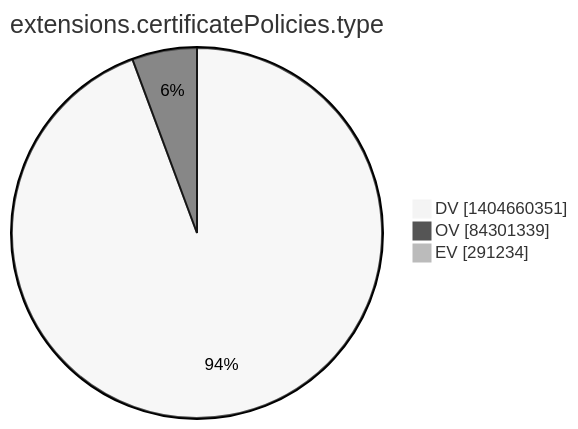
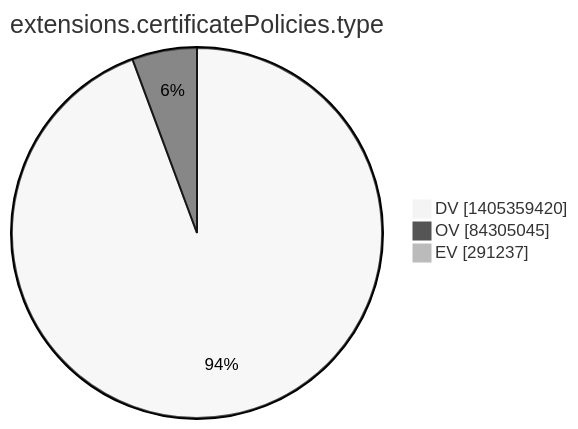
Before and after one commit to christiankrug/ctmonitor_visualization: the tenth of 15 diagrams in argon2022/README.md, drawn with Mermaid (neutral theme). The commit also changed other lines of this file, not shown here.

````diff
--- a/argon2022/README.md
+++ b/argon2022/README.md
@@ -2773,7 +2773,7 @@
 ```mermaid
 pie showData
 title extensions.certificatePolicies.type
-"DV" :1404660351
-"OV" :84301339
-"EV" :291234
+"DV" :1405359420
+"OV" :84305045
+"EV" :291237
 ```
````
